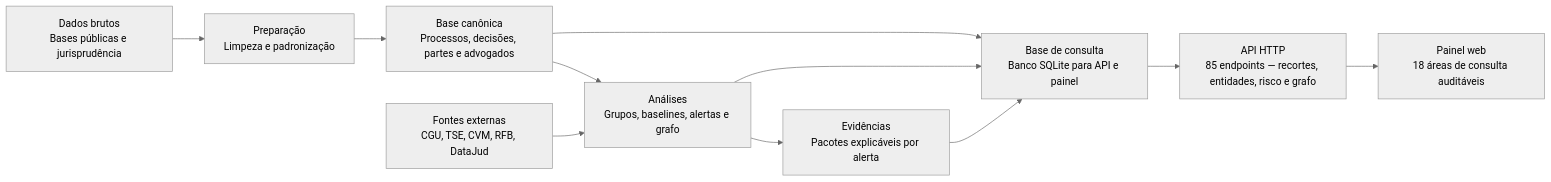
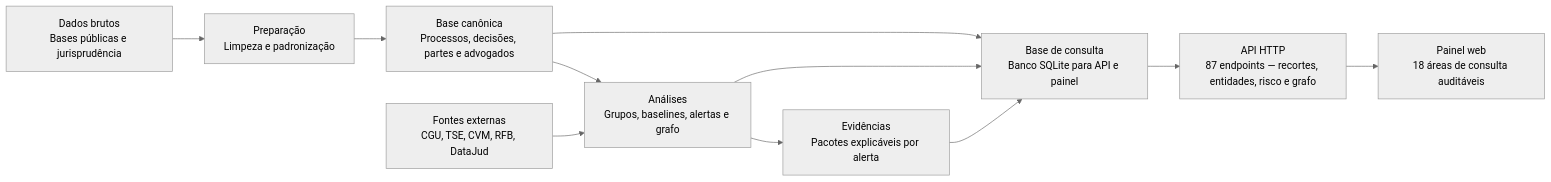
Before and after one commit to vittoroliveira-dev/atlas-stf: the diagram in README.md, drawn with Mermaid (neutral theme). The commit also changed other lines of this file and 128 other files, not shown here.

````diff
--- a/README.md
+++ b/README.md
@@ -129,13 +129,13 @@
 ```mermaid
 flowchart LR
     A[Dados brutos<br/>Bases públicas e jurisprudência] --> B[Preparação<br/>Limpeza e padronização]
     B --> C[Base canônica<br/>Processos, decisões, partes e advogados]
     X[Fontes externas<br/>CGU, TSE, CVM, RFB, DataJud] --> D
     C --> D[Análises<br/>Grupos, baselines, alertas e grafo]
     D --> E[Evidências<br/>Pacotes explicáveis por alerta]
     C --> F[Base de consulta<br/>Banco SQLite para API e painel]
     D --> F
     E --> F
-    F --> G[API HTTP<br/>85 endpoints — recortes, entidades, risco e grafo]
+    F --> G[API HTTP<br/>87 endpoints — recortes, entidades, risco e grafo]
     G --> H[Painel web<br/>18 áreas de consulta auditáveis]
 ```
````
